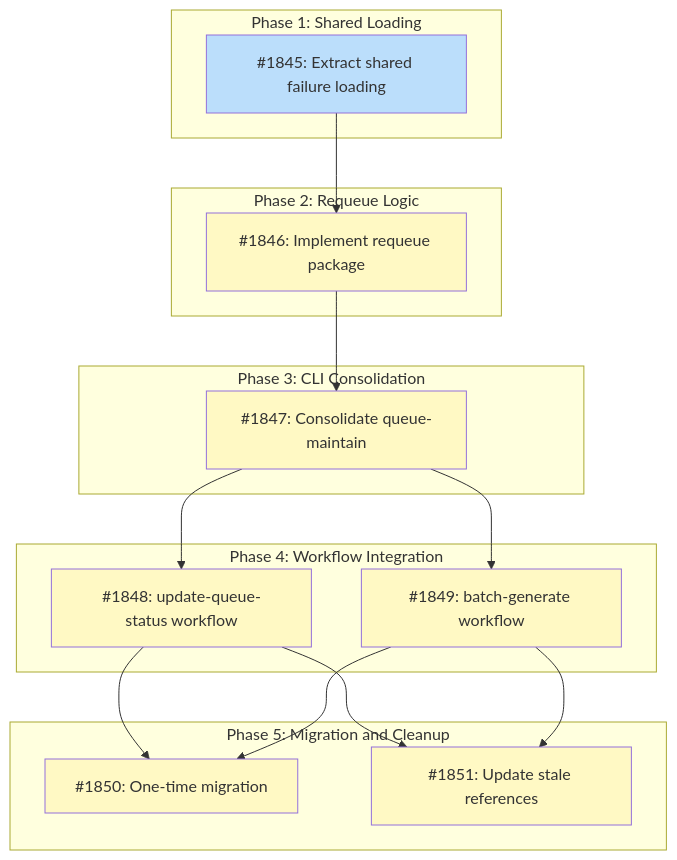
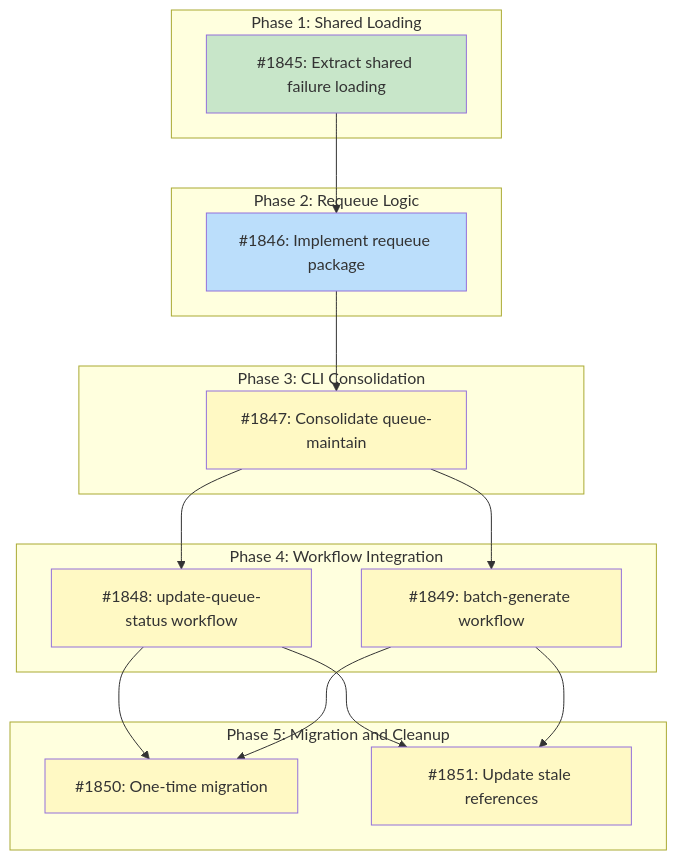
The diagram in docs/designs/DESIGN-requeue-on-recipe-merge.md (tsukumogami/tsuku), drawn with Mermaid before and after one commit. The commit also changed other lines of this file, not shown here.

Commit message:
docs(design): mark #1845 complete, unblock #1846

````diff
--- a/docs/designs/DESIGN-requeue-on-recipe-merge.md
+++ b/docs/designs/DESIGN-requeue-on-recipe-merge.md
@@ -63,42 +63,43 @@
 ```mermaid
 graph TD
     subgraph Phase1["Phase 1: Shared Loading"]
         I1845["#1845: Extract shared failure loading"]
     end
 
     subgraph Phase2["Phase 2: Requeue Logic"]
         I1846["#1846: Implement requeue package"]
     end
 
     subgraph Phase3["Phase 3: CLI Consolidation"]
         I1847["#1847: Consolidate queue-maintain"]
     end
 
     subgraph Phase4["Phase 4: Workflow Integration"]
         I1848["#1848: update-queue-status workflow"]
         I1849["#1849: batch-generate workflow"]
     end
 
     subgraph Phase5["Phase 5: Migration and Cleanup"]
         I1850["#1850: One-time migration"]
         I1851["#1851: Update stale references"]
     end
 
     I1845 --> I1846
     I1846 --> I1847
     I1847 --> I1848
     I1847 --> I1849
     I1848 --> I1850
     I1849 --> I1850
     I1848 --> I1851
     I1849 --> I1851
 
     classDef done fill:#c8e6c9
     classDef ready fill:#bbdefb
     classDef blocked fill:#fff9c4
     classDef needsDesign fill:#e1bee7
     classDef tracksDesign fill:#FFE0B2,stroke:#F57C00,color:#000
 
-    class I1845 ready
-    class I1846,I1847,I1848,I1849,I1850,I1851 blocked
+    class I1845 done
+    class I1846 ready
+    class I1847,I1848,I1849,I1850,I1851 blocked
 ```
````
